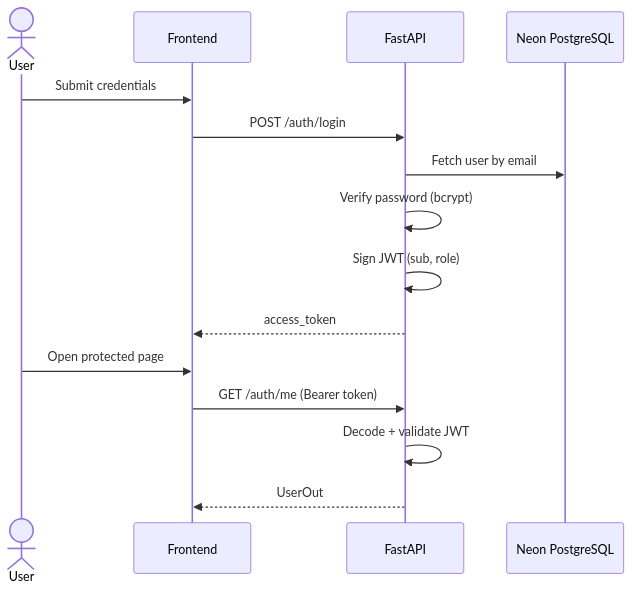
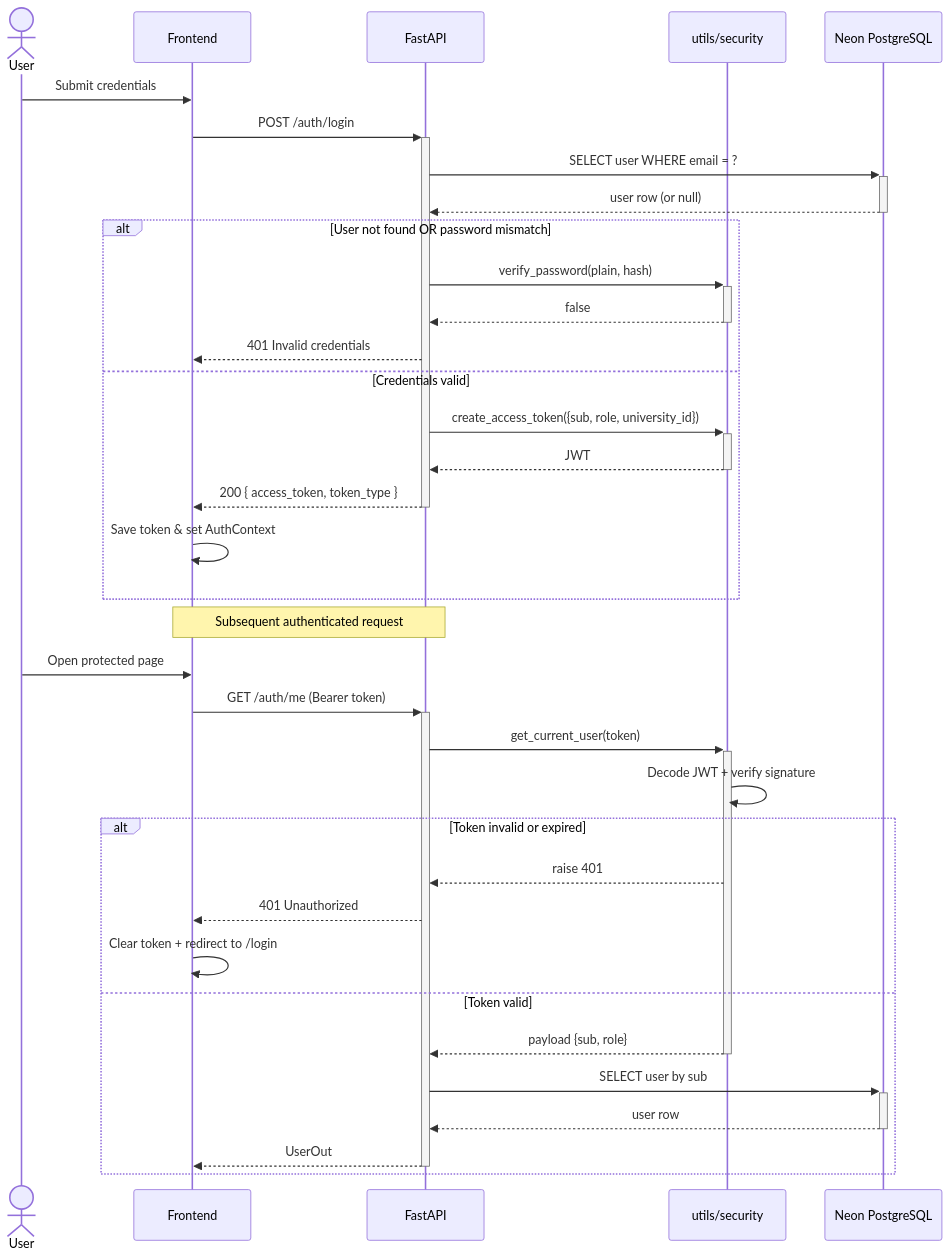
Before and after one commit to yazidha09/Hub4Learners: the fifth of 5 diagrams in docs/sprints/SPRINT_1.md, drawn with Mermaid. The commit also changed other lines of this file and 5 other files, not shown here.

````diff
--- a/docs/sprints/SPRINT_1.md
+++ b/docs/sprints/SPRINT_1.md
@@ -108,19 +121,40 @@
 ```mermaid
 sequenceDiagram
     actor User
     participant Frontend
     participant API as FastAPI
+    participant Sec as utils/security
     participant DB as Neon PostgreSQL
 
     User->>Frontend: Submit credentials
-    Frontend->>API: POST /auth/login
-    API->>DB: Fetch user by email
-    API->>API: Verify password (bcrypt)
-    API->>API: Sign JWT (sub, role)
-    API-->>Frontend: access_token
+    Frontend->>+API: POST /auth/login
+    API->>+DB: SELECT user WHERE email = ?
+    DB-->>-API: user row (or null)
+    alt User not found OR password mismatch
+        API->>+Sec: verify_password(plain, hash)
+        Sec-->>-API: false
+        API-->>Frontend: 401 Invalid credentials
+    else Credentials valid
+        API->>+Sec: create_access_token({sub, role, university_id})
+        Sec-->>-API: JWT
+        API-->>-Frontend: 200 { access_token, token_type }
+        Frontend->>Frontend: Save token & set AuthContext
+    end
+
+    Note over Frontend,API: Subsequent authenticated request
 
     User->>Frontend: Open protected page
-    Frontend->>API: GET /auth/me (Bearer token)
-    API->>API: Decode + validate JWT
-    API-->>Frontend: UserOut
+    Frontend->>+API: GET /auth/me (Bearer token)
+    API->>+Sec: get_current_user(token)
+    Sec->>Sec: Decode JWT + verify signature
+    alt Token invalid or expired
+        Sec-->>API: raise 401
+        API-->>Frontend: 401 Unauthorized
+        Frontend->>Frontend: Clear token + redirect to /login
+    else Token valid
+        Sec-->>-API: payload {sub, role}
+        API->>+DB: SELECT user by sub
+        DB-->>-API: user row
+        API-->>-Frontend: UserOut
+    end
 ```
````
